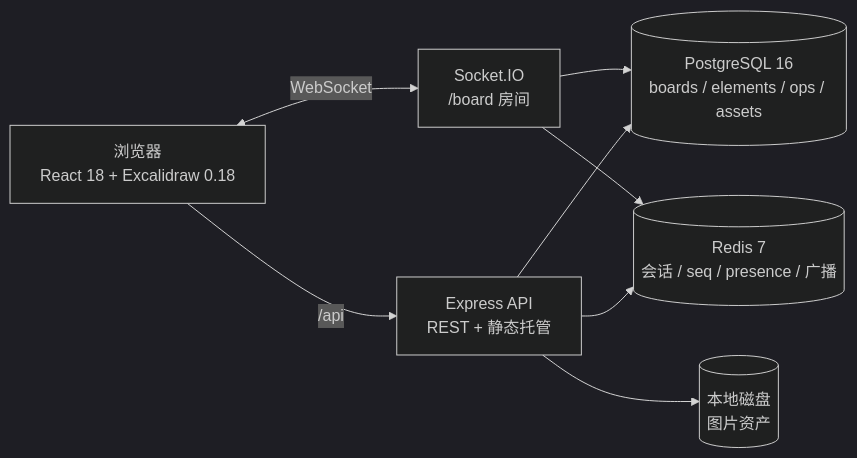
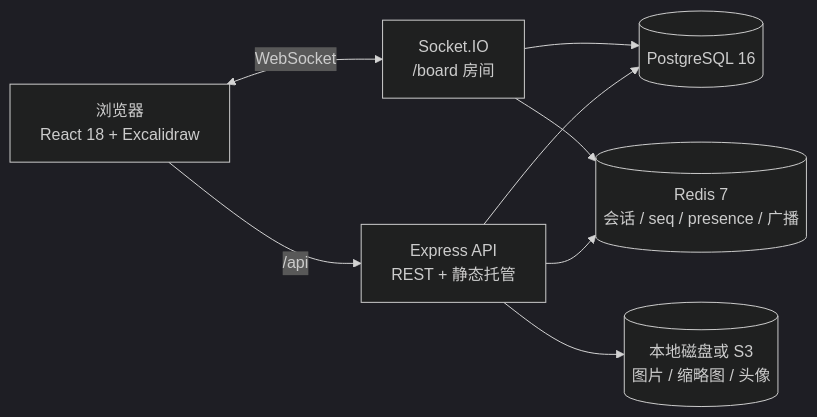
Before and after one commit to cherryi6081/Sakura-Whiteboard: the diagram in README.md, drawn with Mermaid (dark theme). The commit also changed other lines of this file and 8 other files, not shown here.

First line of the commit message:
docs(readme): 重写 README 并补产品截图

````diff
--- a/README.md
+++ b/README.md
@@ -20,17 +99,17 @@
 ```mermaid
 flowchart LR
-  B["浏览器<br/>React 18 + Excalidraw 0.18"]
+  B["浏览器<br/>React 18 + Excalidraw"]
   A["Express API<br/>REST + 静态托管"]
   S["Socket.IO<br/>/board 房间"]
-  P[("PostgreSQL 16<br/>boards / elements / ops / assets")]
+  P[("PostgreSQL 16")]
   R[("Redis 7<br/>会话 / seq / presence / 广播")]
-  D[("本地磁盘<br/>图片资产")]
+  D[("本地磁盘或 S3<br/>图片 / 缩略图 / 头像")]
 
   B -->|"/api"| A
   B <-->|"WebSocket"| S
   S --> P
   S --> R
   A --> P
   A --> R
   A --> D
 ```
````
